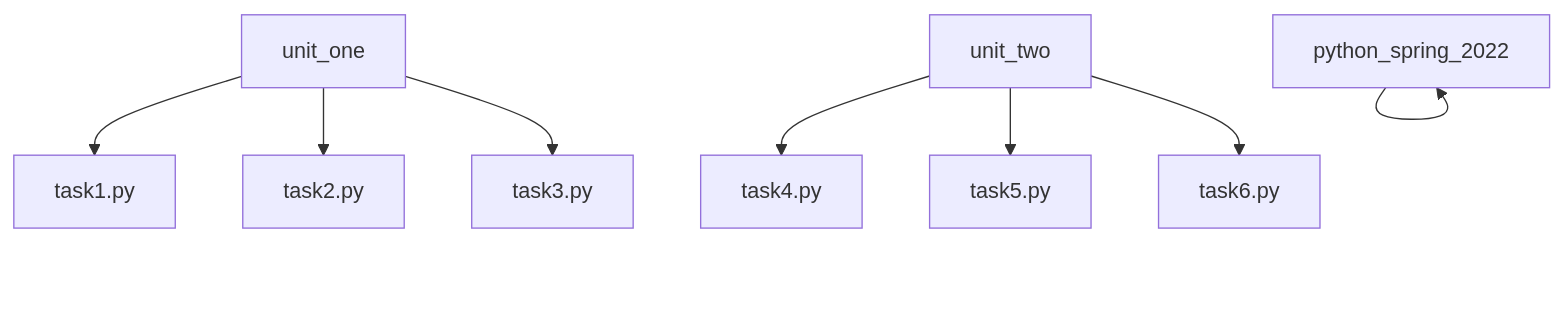
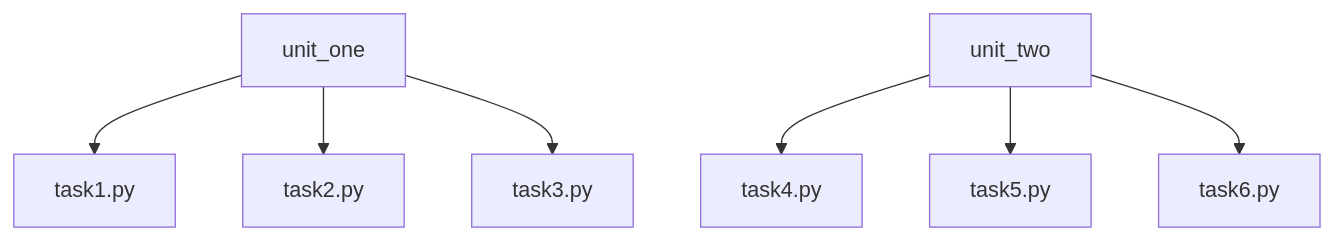
One commit to chertkov-vitaliy/python_spring_2022 changed the second of 2 diagrams in README.MD. Above: the diagram before and after it, drawn with Mermaid.

````diff
--- a/README.MD
+++ b/README.MD
@@ -51,10 +51,9 @@
 ```mermaid
 graph TD;
-    python_spring_2022-->python_spring_2022
     unit_one-->task1.py
     unit_one-->task2.py
     unit_one-->task3.py
     unit_two-->task4.py
     unit_two-->task5.py
     unit_two-->task6.py
 ```
````
